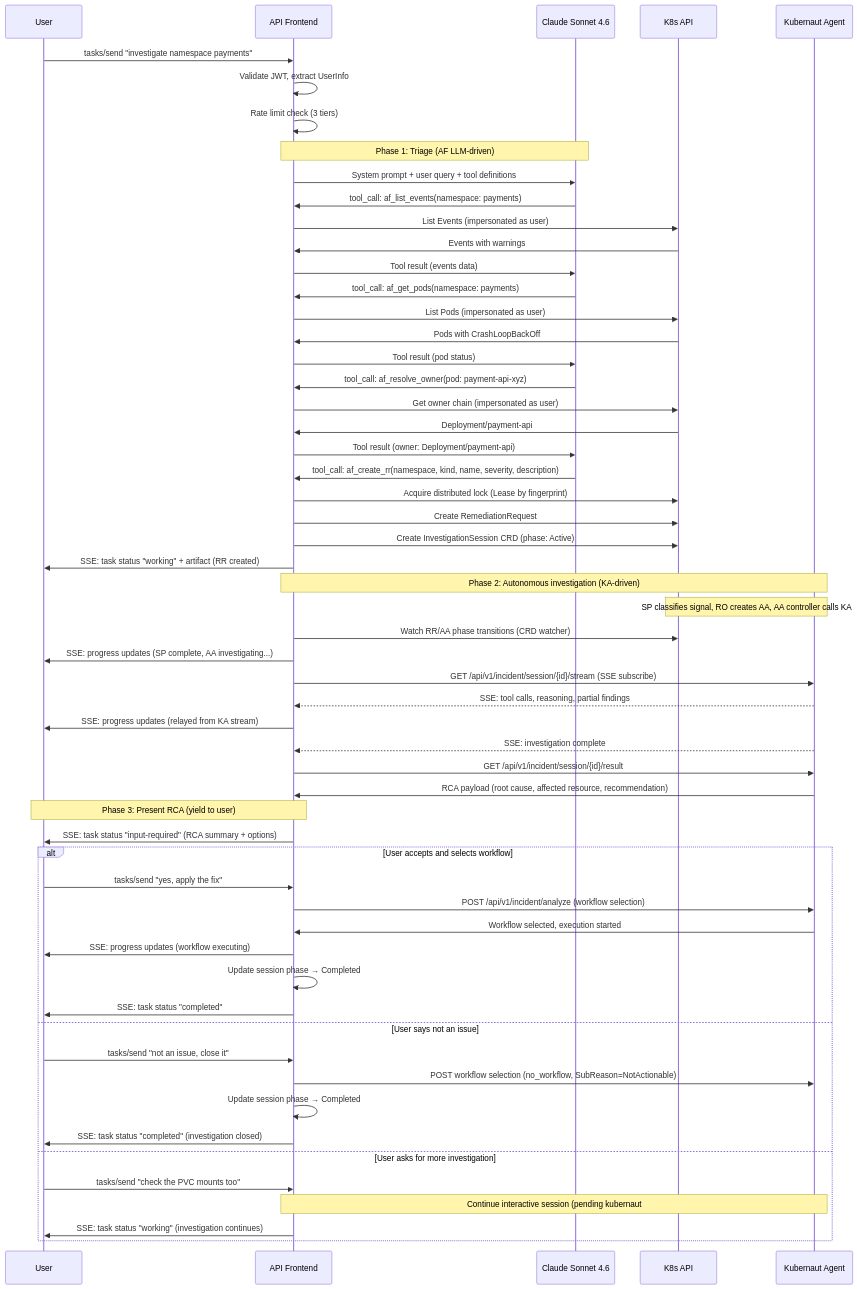
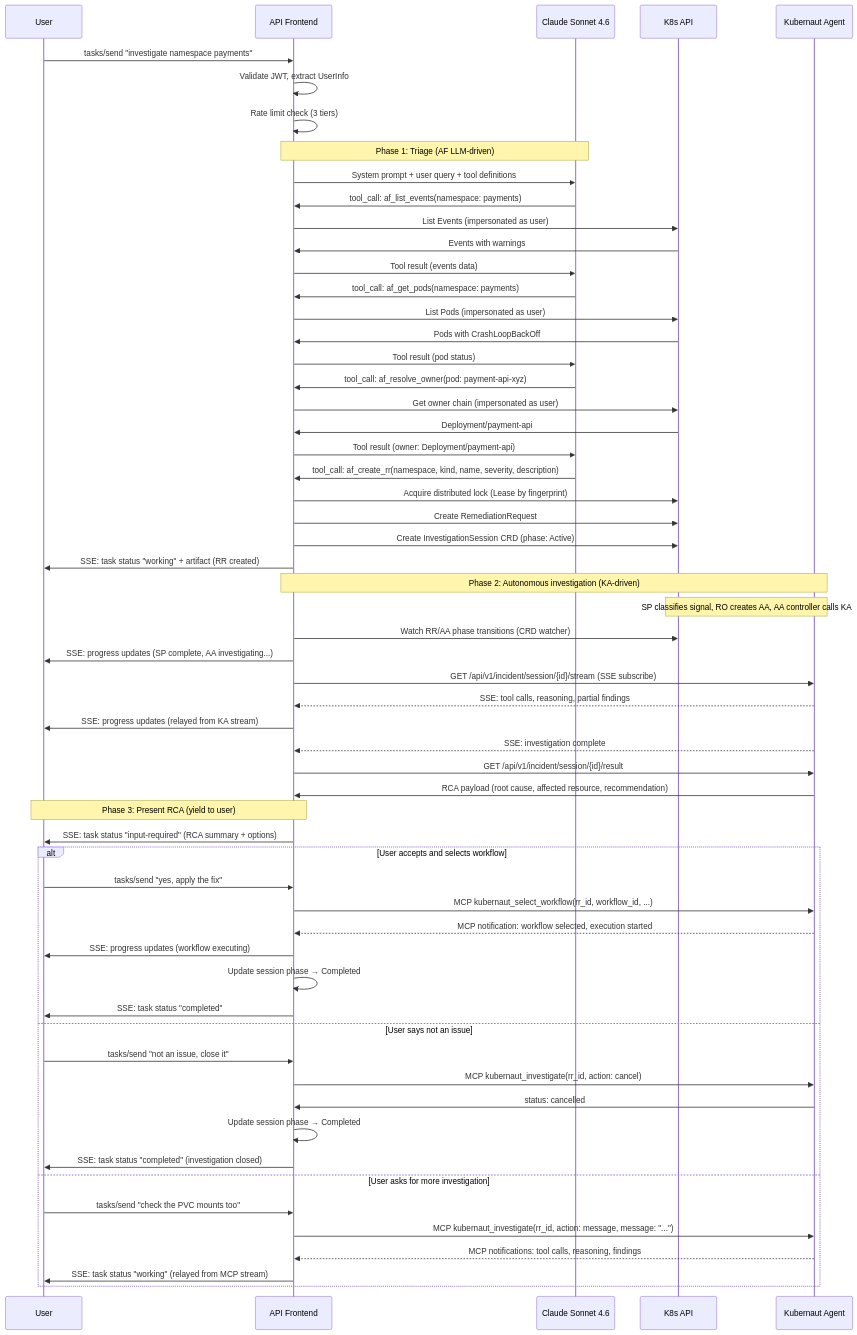
One commit to jordigilh/kubernaut changed the third of 7 diagrams in docs/design/ARCHITECTURE.md. Above: the diagram before and after it, drawn with Mermaid. The commit also changed other lines of this file and 3 other files, not shown here.

````diff
--- a/docs/design/ARCHITECTURE.md
+++ b/docs/design/ARCHITECTURE.md
@@ -238,64 +241,66 @@
 ```mermaid
 sequenceDiagram
     participant User
     participant AF as API Frontend
     participant LLM as Claude Sonnet 4.6
     participant K8s as K8s API
     participant KA as Kubernaut Agent
 
     User->>AF: tasks/send "investigate namespace payments"
     AF->>AF: Validate JWT, extract UserInfo
     AF->>AF: Rate limit check (3 tiers)
 
     Note over AF,LLM: Phase 1: Triage (AF LLM-driven)
     AF->>LLM: System prompt + user query + tool definitions
     LLM->>AF: tool_call: af_list_events(namespace: payments)
     AF->>K8s: List Events (impersonated as user)
     K8s->>AF: Events with warnings
     AF->>LLM: Tool result (events data)
     LLM->>AF: tool_call: af_get_pods(namespace: payments)
     AF->>K8s: List Pods (impersonated as user)
     K8s->>AF: Pods with CrashLoopBackOff
     AF->>LLM: Tool result (pod status)
     LLM->>AF: tool_call: af_resolve_owner(pod: payment-api-xyz)
     AF->>K8s: Get owner chain (impersonated as user)
     K8s->>AF: Deployment/payment-api
     AF->>LLM: Tool result (owner: Deployment/payment-api)
     LLM->>AF: tool_call: af_create_rr(namespace, kind, name, severity, description)
     AF->>K8s: Acquire distributed lock (Lease by fingerprint)
     AF->>K8s: Create RemediationRequest
     AF->>K8s: Create InvestigationSession CRD (phase: Active)
     AF->>User: SSE: task status "working" + artifact (RR created)
 
     Note over AF,KA: Phase 2: Autonomous investigation (KA-driven)
     Note over K8s,KA: SP classifies signal, RO creates AA, AA controller calls KA
     AF->>K8s: Watch RR/AA phase transitions (CRD watcher)
     AF->>User: SSE: progress updates (SP complete, AA investigating...)
     AF->>KA: GET /api/v1/incident/session/{id}/stream (SSE subscribe)
     KA-->>AF: SSE: tool calls, reasoning, partial findings
     AF->>User: SSE: progress updates (relayed from KA stream)
     KA-->>AF: SSE: investigation complete
     AF->>KA: GET /api/v1/incident/session/{id}/result
     KA->>AF: RCA payload (root cause, affected resource, recommendation)
 
     Note over AF,User: Phase 3: Present RCA (yield to user)
     AF->>User: SSE: task status "input-required" (RCA summary + options)
 
     alt User accepts and selects workflow
         User->>AF: tasks/send "yes, apply the fix"
-        AF->>KA: POST /api/v1/incident/analyze (workflow selection)
-        KA->>AF: Workflow selected, execution started
+        AF->>KA: MCP kubernaut_select_workflow(rr_id, workflow_id, ...)
+        KA-->>AF: MCP notification: workflow selected, execution started
         AF->>User: SSE: progress updates (workflow executing)
         AF->>AF: Update session phase → Completed
         AF->>User: SSE: task status "completed"
     else User says not an issue
         User->>AF: tasks/send "not an issue, close it"
-        AF->>KA: POST workflow selection (no_workflow, SubReason=NotActionable)
+        AF->>KA: MCP kubernaut_investigate(rr_id, action: cancel)
+        KA->>AF: status: cancelled
         AF->>AF: Update session phase → Completed
         AF->>User: SSE: task status "completed" (investigation closed)
     else User asks for more investigation
         User->>AF: tasks/send "check the PVC mounts too"
-        Note over AF,KA: Continue interactive session (pending kubernaut#874)
-        AF->>User: SSE: task status "working" (investigation continues)
+        AF->>KA: MCP kubernaut_investigate(rr_id, action: message, message: "...")
+        KA-->>AF: MCP notifications: tool calls, reasoning, findings
+        AF->>User: SSE: task status "working" (relayed from MCP stream)
     end
 ```
````
